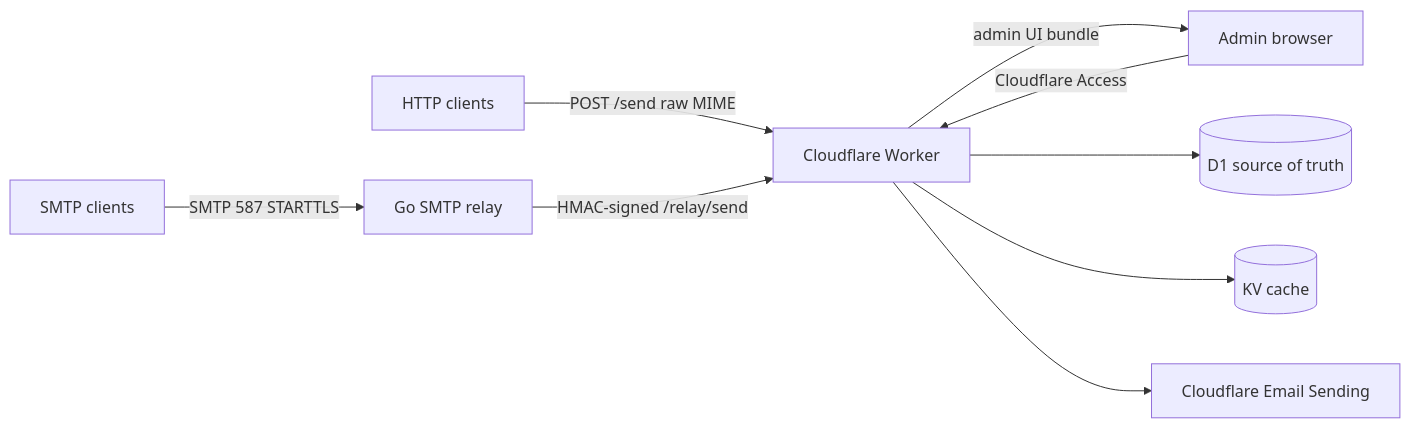
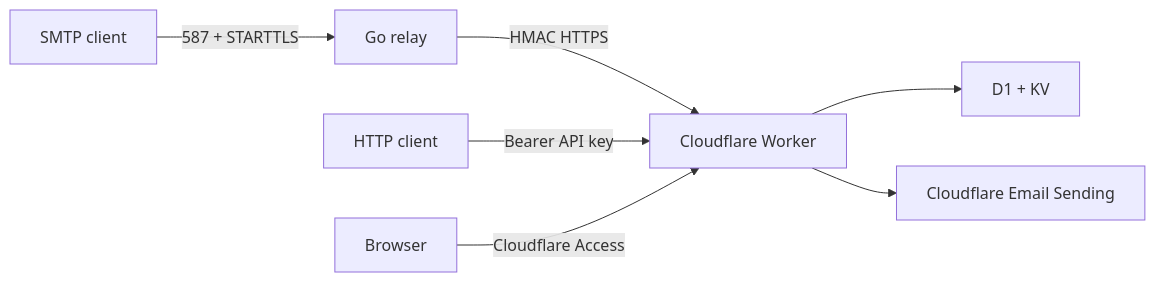
Before and after one commit to alexlmiller/cf-mail-relay: the diagram in README.md, drawn with Mermaid. The commit also changed other lines of this file and 50 other files, not shown here.

````diff
--- a/README.md
+++ b/README.md
@@ -35,11 +31,9 @@
 ```mermaid
 flowchart LR
-  SMTP[SMTP clients] -->|SMTP 587 STARTTLS| Relay[Go SMTP relay]
-  Apps[HTTP clients] -->|POST /send raw MIME| Worker[Cloudflare Worker]
-  Relay -->|HMAC-signed /relay/send| Worker
-  Admin[Admin browser] -->|Cloudflare Access| Worker
-  Worker -->|admin UI bundle| Admin
-  Worker --> D1[(D1 source of truth)]
-  Worker --> KV[(KV cache)]
-  Worker --> Email[Cloudflare Email Sending]
+  SMTP["SMTP client"] -->|"587 + STARTTLS"| Relay["Go relay"]
+  Relay -->|"HMAC HTTPS"| Worker["Cloudflare Worker"]
+  HTTP["HTTP client"] -->|"Bearer API key"| Worker
+  UI["Browser"] -->|"Cloudflare Access"| Worker
+  Worker --> D1["D1 + KV"]
+  Worker --> Email["Cloudflare Email Sending"]
 ```
````
